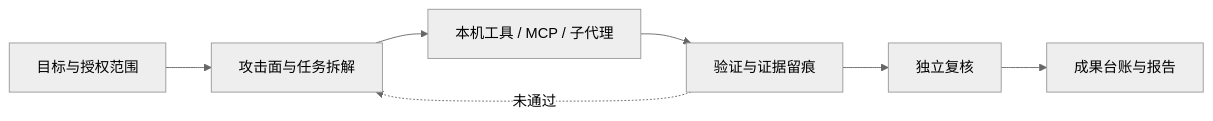
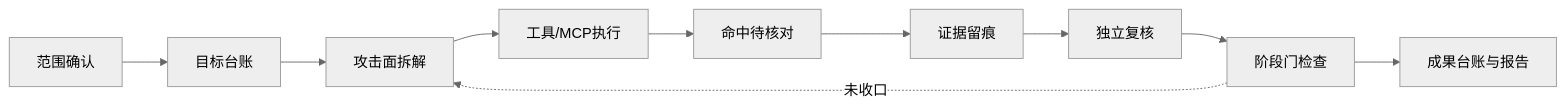
The diagram in README.md (ITroyeSivan/Saker), drawn with Mermaid (neutral theme) before and after one commit. The commit also changed other lines of this file and 85 other files, not shown here.

First line of the commit message:
发布就绪：README 定稿 + 15 张截图 + 全仓库链接修复 + 口径校正

````diff
--- a/README.md
+++ b/README.md
@@ -28,9 +100,7 @@
 ```mermaid
 flowchart LR
-    A[目标与授权范围] --> B[攻击面与任务拆解]
-    B --> C[本机工具 / MCP / 子代理]
-    C --> D[验证与证据留痕]
-    D --> E[独立复核]
-    E --> F[成果台账与报告]
-    D -. 未通过 .-> B
+    A[范围确认] --> B[目标台账] --> C[攻击面拆解] --> D[工具/MCP执行]
+    D --> E[命中待核对] --> F[证据留痕] --> G[独立复核] --> H[阶段门检查]
+    H --> I[成果台账与报告]
+    H -. 未收口 .-> C
 ```
````
